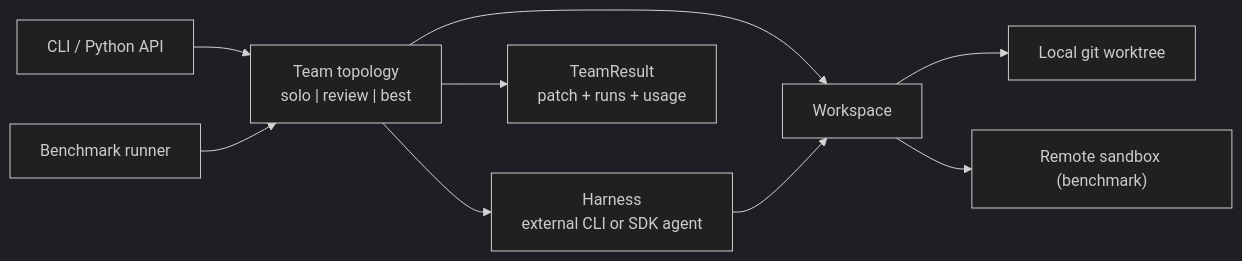
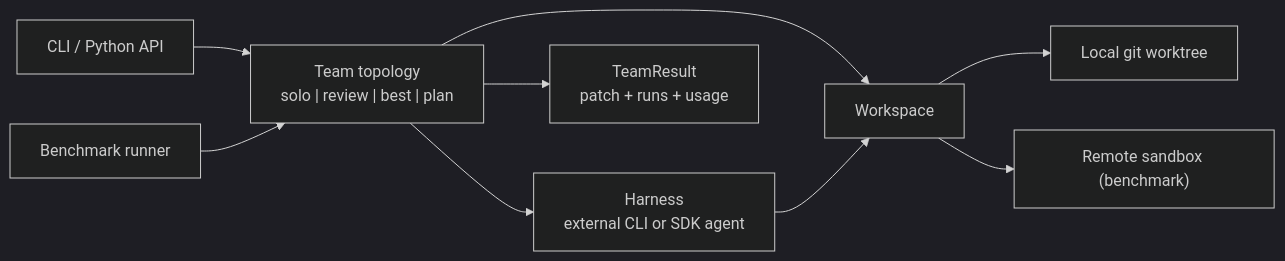
The diagram in docs/ROADMAP.md (BichengWang/multi-agents), drawn with Mermaid (dark theme) before and after one commit. The commit also changed other lines of this file and 17 other files, not shown here.

First line of the commit message:
feat(teams): run budget, plan replanning and per-subtask review (#66)

````diff
--- a/docs/ROADMAP.md
+++ b/docs/ROADMAP.md
@@ -16,11 +19,11 @@
 ```mermaid
 flowchart LR
   CLI["CLI / Python API"] --> Team
   Bench["Benchmark runner"] --> Team
-  Team["Team topology\nsolo | review | best"] --> H["Harness\nexternal CLI or SDK agent"]
+  Team["Team topology\nsolo | review | best | plan"] --> H["Harness\nexternal CLI or SDK agent"]
   Team --> W["Workspace"]
   H --> W
   W --> WT["Local git worktree"]
   W --> SB["Remote sandbox (benchmark)"]
   Team --> R["TeamResult\npatch + runs + usage"]
 ```
````
